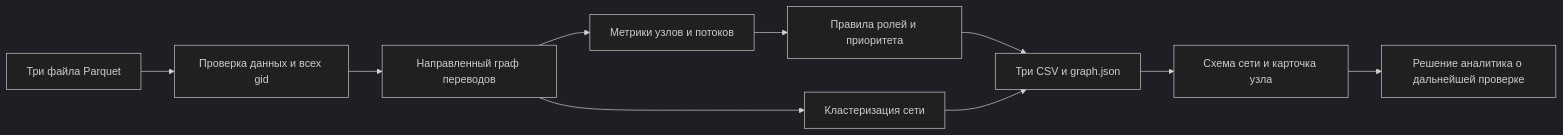
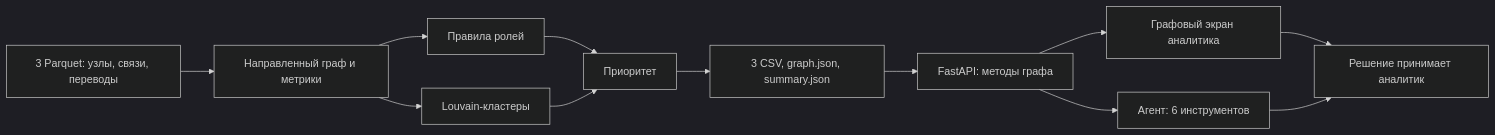
Before and after one commit to BAITC-Hacks/hack-b18c30d4-kazhydromet-ai: the diagram in README.md, drawn with Mermaid (dark theme). The commit also changed other lines of this file and 3 other files, not shown here.

````diff
--- a/README.md
+++ b/README.md
@@ -140,12 +196,14 @@
 ```mermaid
 flowchart LR
-  D[Три файла Parquet] --> V[Проверка данных и всех gid]
-  V --> G[Направленный граф переводов]
-  G --> M[Метрики узлов и потоков]
-  M --> R[Правила ролей и приоритета]
-  G --> C[Кластеризация сети]
-  R --> O[Три CSV и graph.json]
-  C --> O
-  O --> U[Схема сети и карточка узла]
-  U --> H[Решение аналитика о дальнейшей проверке]
+    A[3 Parquet: узлы, связи, переводы] --> B[Направленный граф и метрики]
+    B --> C[Правила ролей]
+    B --> D[Louvain-кластеры]
+    C --> E[Приоритет]
+    D --> E
+    E --> F[3 CSV, graph.json, summary.json]
+    F --> G[FastAPI: методы графа]
+    G --> H[Графовый экран аналитика]
+    G --> I[Агент: 6 инструментов]
+    H --> J[Решение принимает аналитик]
+    I --> J
 ```
````
